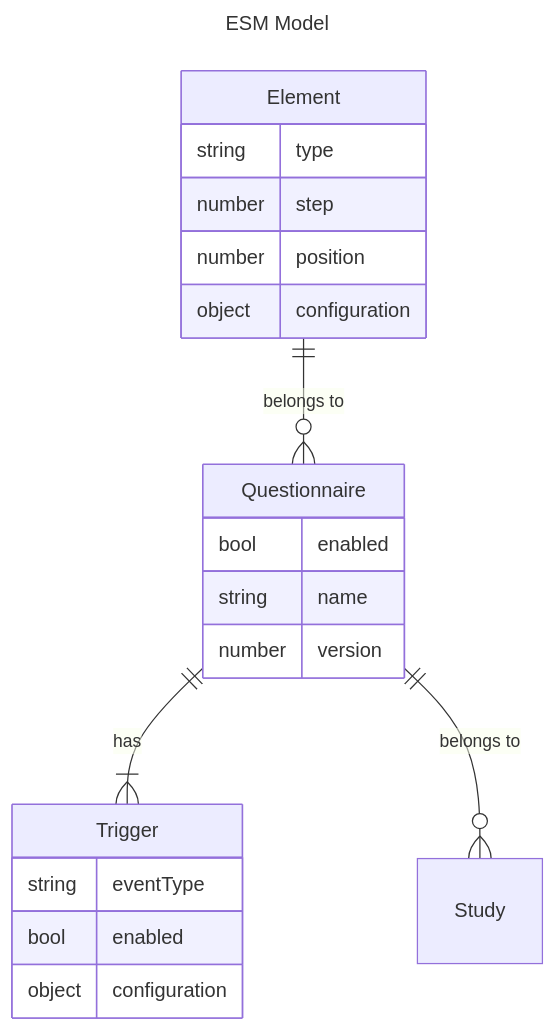
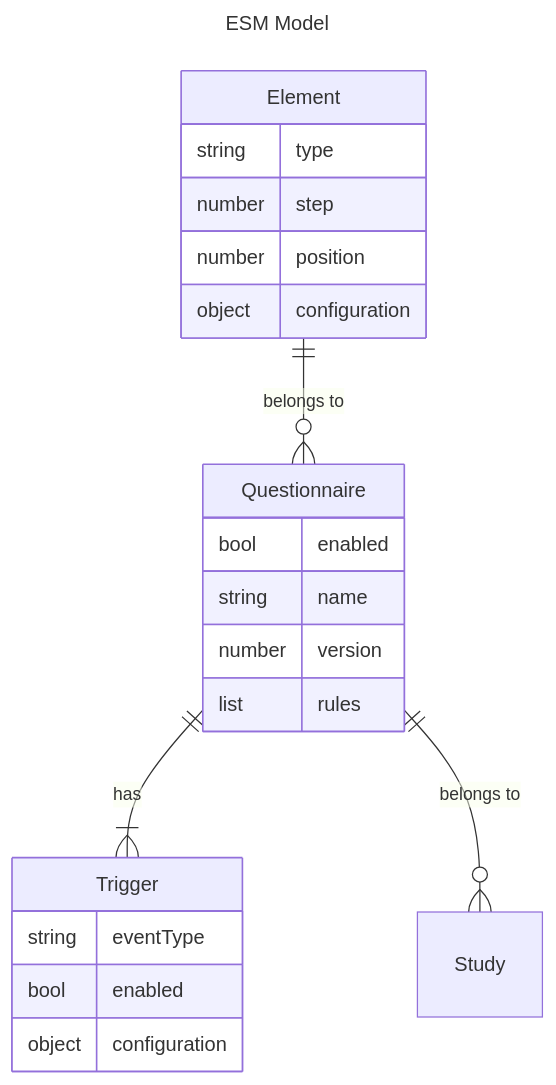
Before and after one commit to timweiss/WHALE-platform: the first of 3 diagrams in README.md, drawn with Mermaid. The commit also changed other lines of this file and 1 other file, not shown here.

````diff
--- a/README.md
+++ b/README.md
@@ -67,26 +46,27 @@
 ```mermaid
 ---
 title: ESM Model
 ---
 erDiagram
     Study
     Questionnaire {
         bool enabled
         string name
         number version
+        list rules
     }
     Trigger {
         string eventType
         bool enabled
         object configuration
     }
     Element {
         string type
         number step
         number position
         object configuration
     }
     Questionnaire ||--|{ Trigger : "has"
     Questionnaire ||--o{ Study : "belongs to"
     Element ||--o{ Questionnaire : "belongs to"
 ```
````
